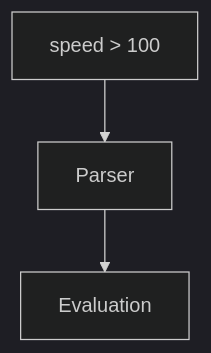
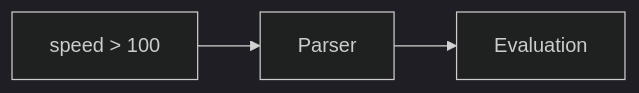
Before and after one commit to finmsg-io/dmn-compiler-toolkit: the fifth of 17 diagrams in docs/architecture/chapters/21-Performance.md, drawn with Mermaid (dark theme). The commit also changed other lines of this file and 48 other files, not shown here.

Commit message:
docs: modernize architecture chapters, harmonize numbering, and configure global Mermaid theme

````diff
--- a/docs/architecture/chapters/21-Performance.md
+++ b/docs/architecture/chapters/21-Performance.md
@@ -174,4 +170,4 @@
 ```mermaid
-flowchart TD
-    expression["speed &gt; 100"] --> parser["Parser"] --> evaluation["Evaluation"]
+flowchart LR
+    expression["speed > 100"] --> parser["Parser"] --> evaluation["Evaluation"]
 ```
````
